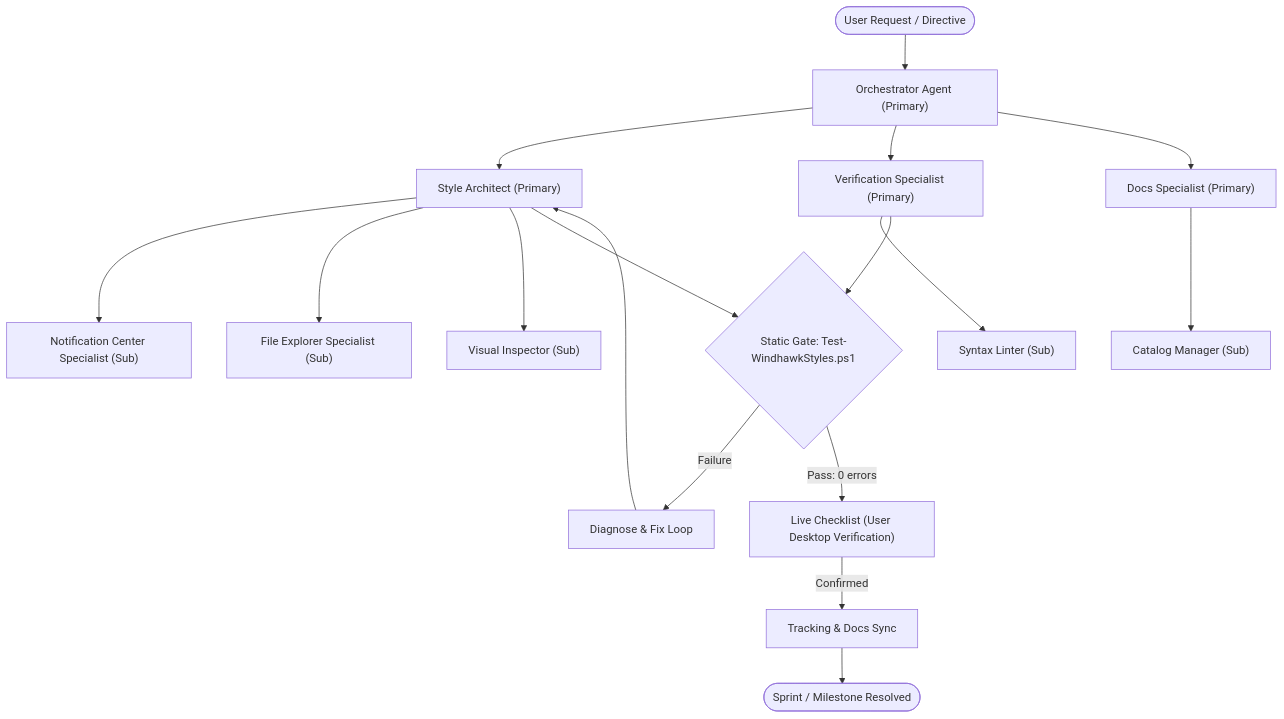
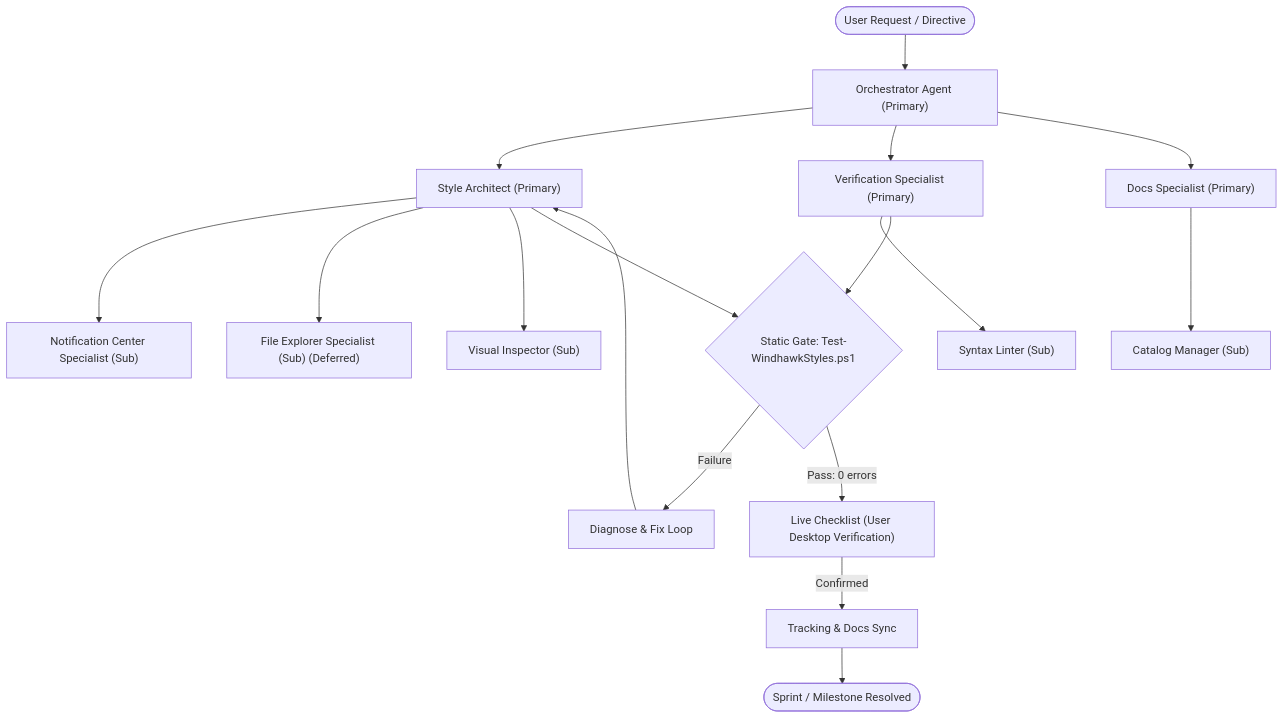
One commit to HELIX-Origin/Windhawk-Command-Center-Suite changed the diagram in AGENTS.md. Above: the diagram before and after it, drawn with Mermaid. The commit also changed other lines of this file and 27 other files, not shown here.

````diff
--- a/AGENTS.md
+++ b/AGENTS.md
@@ -38,25 +38,25 @@
 ```mermaid
 flowchart TD
     UserGoal(["User Request / Directive"]) --> Orchestrator["Orchestrator Agent (Primary)"]
 
     Orchestrator --> Engineering["Style Architect (Primary)"]
     Orchestrator --> Quality["Verification Specialist (Primary)"]
     Orchestrator --> Documentation["Docs Specialist (Primary)"]
 
     Engineering --> NC["Notification Center Specialist (Sub)"]
-    Engineering --> FE["File Explorer Specialist (Sub)"]
+    Engineering --> FE["File Explorer Specialist (Sub) (Deferred)"]
     Engineering --> Inspect["Visual Inspector (Sub)"]
 
     Quality --> Linter["Syntax Linter (Sub)"]
     Documentation --> Catalog["Catalog Manager (Sub)"]
 
     Engineering --> StaticGate{"Static Gate: Test-WindhawkStyles.ps1"}
     Quality --> StaticGate
 
     StaticGate -->|"Failure"| Rollback["Diagnose & Fix Loop"]
     Rollback --> Engineering
 
     StaticGate -->|"Pass: 0 errors"| LiveGate["Live Checklist (User Desktop Verification)"]
     LiveGate -->|"Confirmed"| DocsSync["Tracking & Docs Sync"]
     DocsSync --> Complete(["Sprint / Milestone Resolved"])
 ```
````
